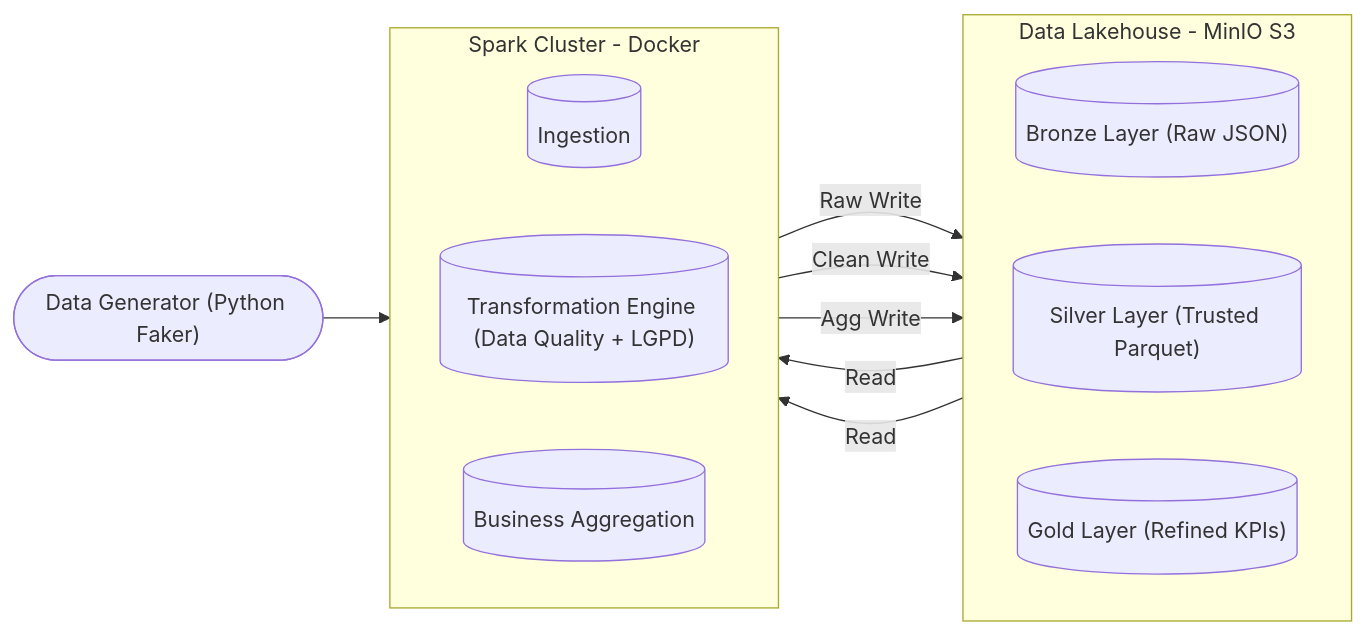
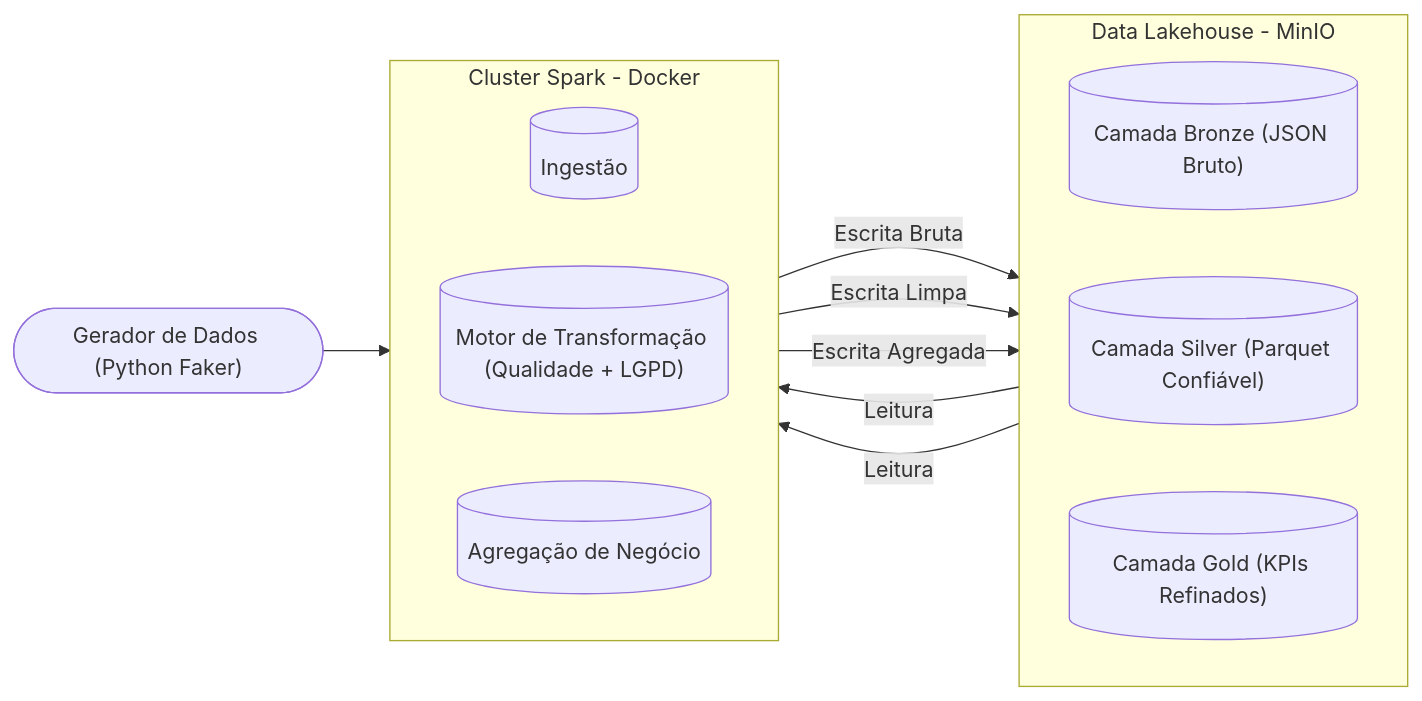
The second of 2 diagrams in README.md (arthurgmv/projeto_data_masters), drawn with Mermaid before and after one commit. The commit also changed other lines of this file and 14 other files, not shown here.

````diff
--- a/README.md
+++ b/README.md
@@ -63,32 +62,27 @@
 ```mermaid
 flowchart LR
-    %% Nós
-    Generator(["Data Generator (Python Faker)"])
+    Generator(["Gerador de Dados (Python Faker)"])
 
-    %% Subgraph Lakehouse
-    subgraph Lakehouse ["Data Lakehouse - MinIO S3"]
+    subgraph Lakehouse ["Data Lakehouse - MinIO"]
         direction LR
-        Bronze[("Bronze Layer (Raw JSON)")]
-        Silver[("Silver Layer (Trusted Parquet)")]
-        Gold[("Gold Layer (Refined KPIs)")]
+        Bronze[("Camada Bronze (JSON Bruto)")]
+        Silver[("Camada Silver (Parquet Confiável)")]
+        Gold[("Camada Gold (KPIs Refinados)")]
     end
 
-    %% Subgraph Processamento
-    subgraph Processing ["Spark Cluster - Docker"]
+    subgraph Processing ["Cluster Spark - Docker"]
         direction LR
-        Ingestor[("Ingestion")]
-        Transformer[("Transformation Engine (Data Quality + LGPD)")]
-        Aggregator[("Business Aggregation")]
+        Ingestor[("Ingestão")]
+        Transformer[("Motor de Transformação (Qualidade + LGPD)")]
+        Aggregator[("Agregação de Negócio")]
     end
 
-    %% Fluxo
     Generator --> Ingestor
-    Ingestor -->|Raw Write| Bronze
+    Ingestor -->|Escrita Bruta| Bronze
     
-    Bronze -->|Read| Transformer
-    Transformer -->|Clean Write| Silver
+    Bronze -->|Leitura| Transformer
+    Transformer -->|Escrita Limpa| Silver
     
-    Silver -->|Read| Aggregator
-    Aggregator -->|Agg Write| Gold
-
+    Silver -->|Leitura| Aggregator
+    Aggregator -->|Escrita Agregada| Gold
 ```
````
